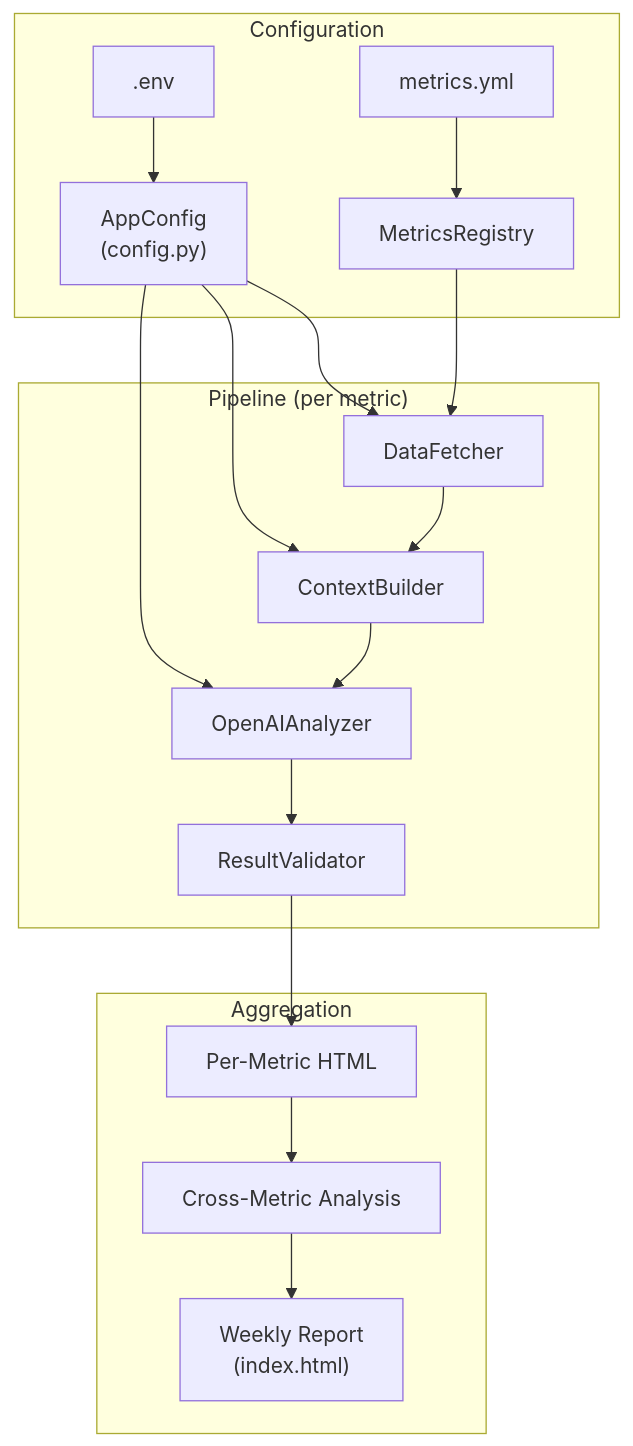
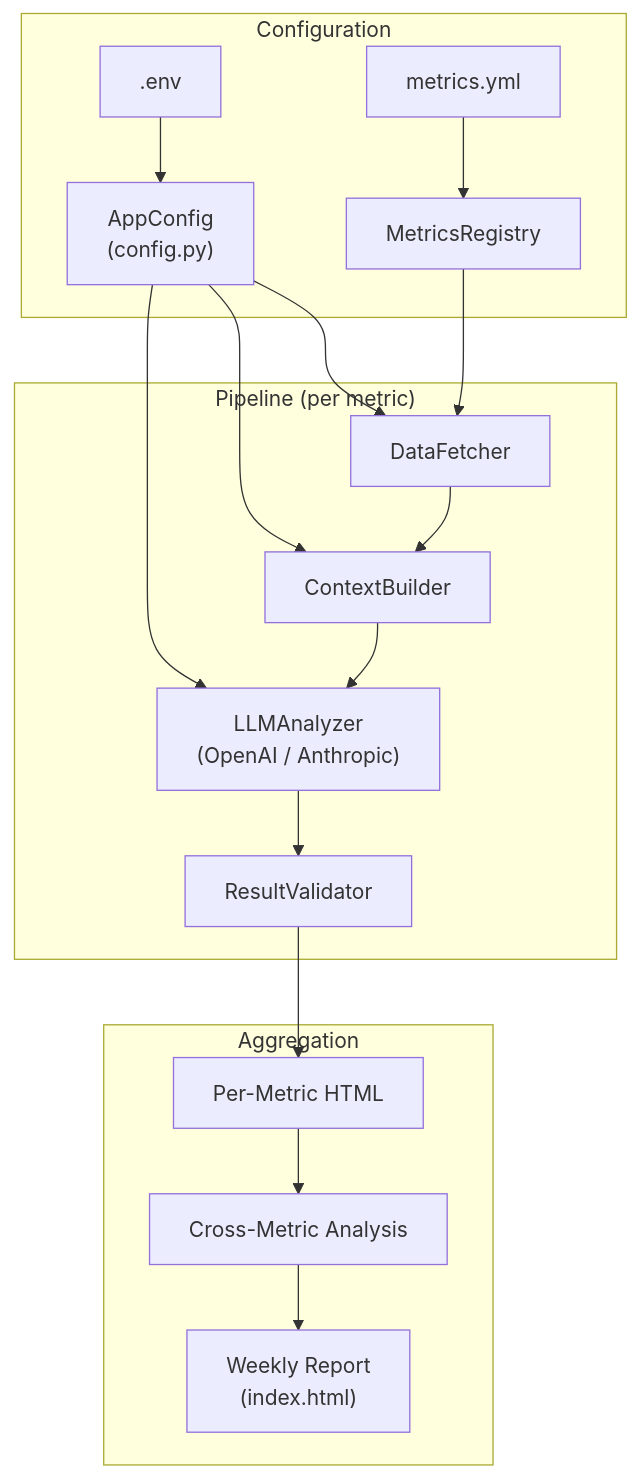
The diagram in README.md (gnosischain/report_agent), drawn with Mermaid before and after one commit. The commit also changed other lines of this file, not shown here.

````diff
--- a/README.md
+++ b/README.md
@@ -31,24 +32,24 @@
 ```mermaid
 graph TD
     subgraph "Configuration"
         A[".env"] --> B["AppConfig<br/>(config.py)"]
         C["metrics.yml"] --> D["MetricsRegistry"]
     end
 
     subgraph "Pipeline (per metric)"
         E["DataFetcher"] --> F["ContextBuilder"]
-        F --> G["OpenAIAnalyzer"]
+        F --> G["LLMAnalyzer<br/>(OpenAI / Anthropic)"]
         G --> H["ResultValidator"]
     end
 
     subgraph "Aggregation"
         H --> I["Per-Metric HTML"]
         I --> J["Cross-Metric Analysis"]
         J --> K["Weekly Report<br/>(index.html)"]
     end
 
     B --> E
     D --> E
     B --> F
     B --> G
 ```
````
